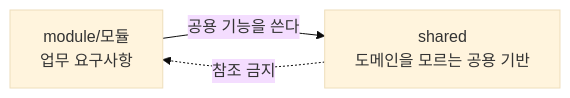
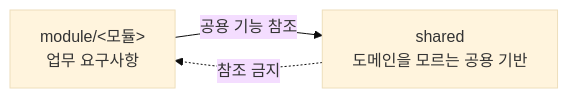
One commit to dev-goraebap/gentask changed the diagram in docs/architecture/05-building-block-view.md. Above: the diagram before and after it, drawn with Mermaid (base theme). The commit also changed other lines of this file, not shown here.

````diff
--- a/docs/architecture/05-building-block-view.md
+++ b/docs/architecture/05-building-block-view.md
@@ -152,7 +148,7 @@
 ```mermaid
 flowchart LR
- m["module/모듈<br/>업무 요구사항"]
- s["shared<br/>도메인을 모르는 공용 기반"]
- m -->|"공용 기능을 쓴다"| s
- s -.->|"참조 금지"| m
+    m["module/<모듈><br/>업무 요구사항"]
+    s["shared<br/>도메인을 모르는 공용 기반"]
+    m -->|"공용 기능 참조"| s
+    s -.->|"참조 금지"| m
 ```
````
